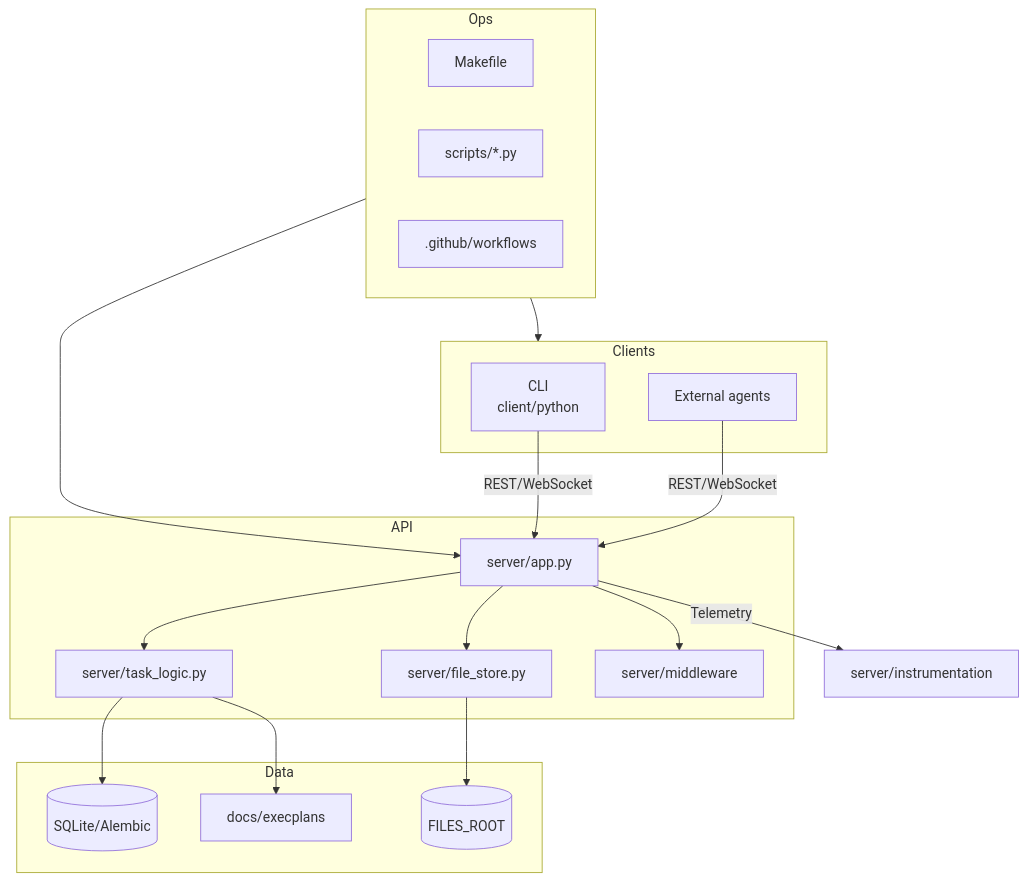
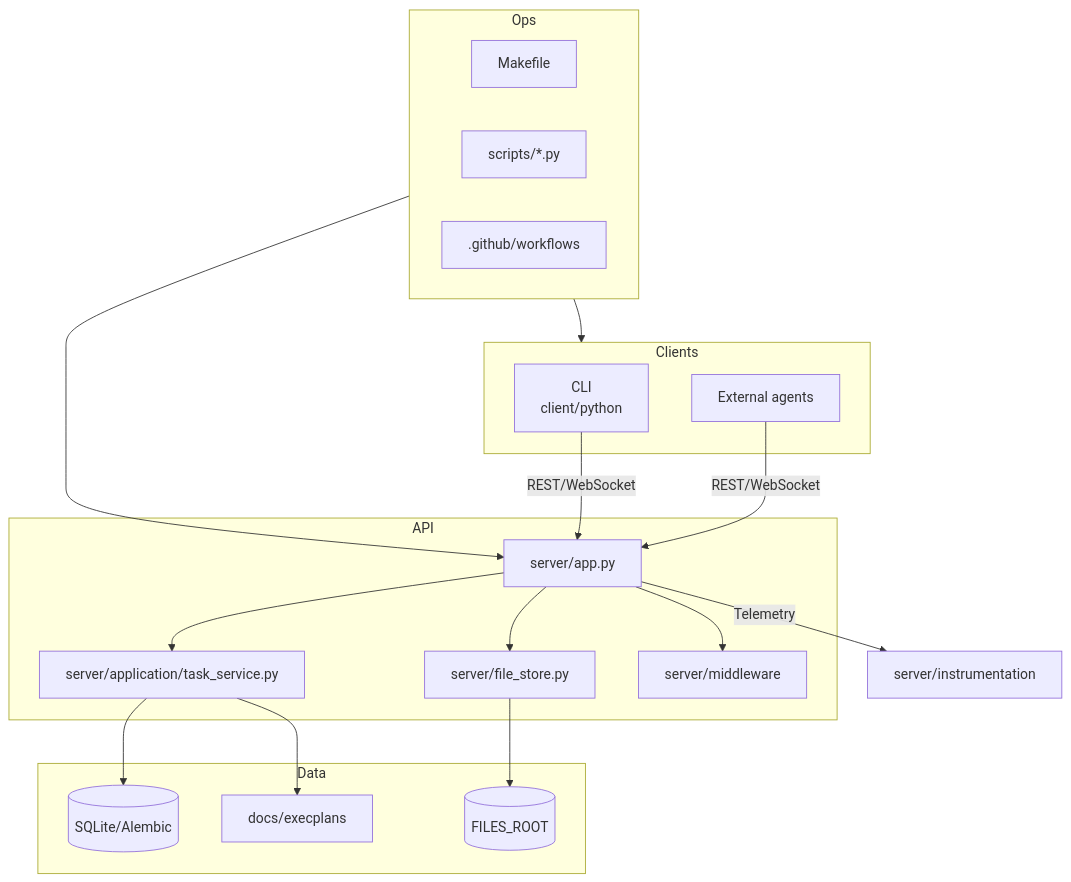
The diagram in REPORT.md (Nobodyworld/dev-agent-switchboard), drawn with Mermaid before and after one commit. The commit also changed other lines of this file and 27 other files, not shown here.

Commit message:
Optimize task service data access and tests (#73)

````diff
--- a/REPORT.md
+++ b/REPORT.md
@@ -68,34 +68,34 @@
 ```mermaid
 flowchart TD
     subgraph Clients
         CLI[CLI \n client/python]
         AgentBots[External agents]
     end
     subgraph API
         FastAPI[server/app.py]
-        TaskLogic[server/task_logic.py]
+        TaskService[server/application/task_service.py]
         FileStore[server/file_store.py]
         Middleware[server/middleware]
     end
     subgraph Data
         DB[(SQLite/Alembic)]
         Files[(FILES_ROOT)]
         ExecPlans[docs/execplans]
     end
     CLI -->|REST/WebSocket| FastAPI
     AgentBots -->|REST/WebSocket| FastAPI
-    FastAPI --> TaskLogic
+    FastAPI --> TaskService
     FastAPI --> FileStore
-    TaskLogic --> DB
+    TaskService --> DB
     FastAPI --> Middleware
     FileStore --> Files
-    TaskLogic --> ExecPlans
+    TaskService --> ExecPlans
     FastAPI -->|Telemetry| Instrumentation[server/instrumentation]
     subgraph Ops
         Makefile
         Scripts[scripts/*.py]
         CI[.github/workflows]
     end
     Ops --> FastAPI
     Ops --> Clients
 ```
````
